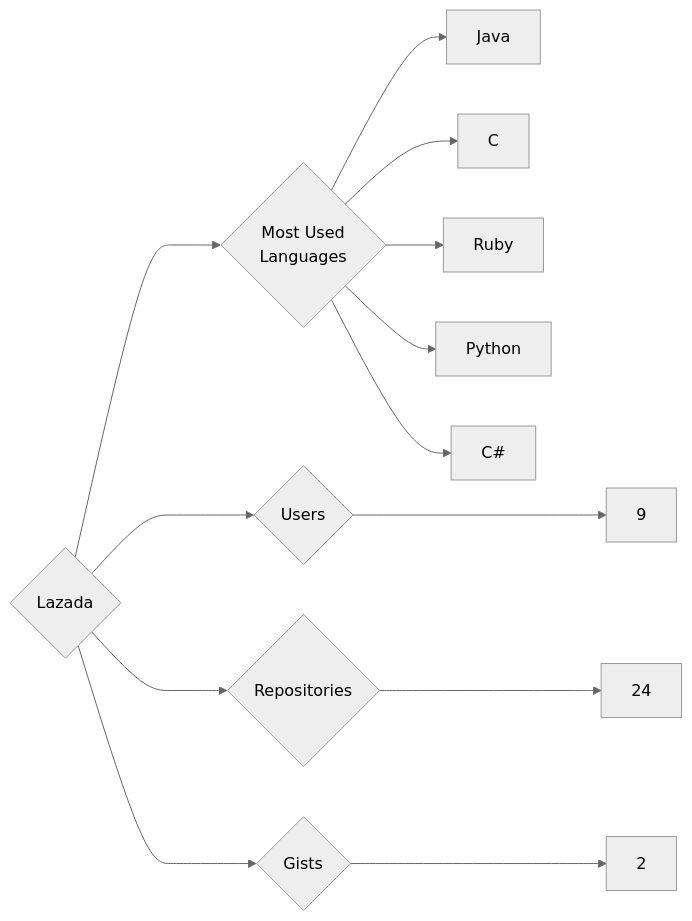
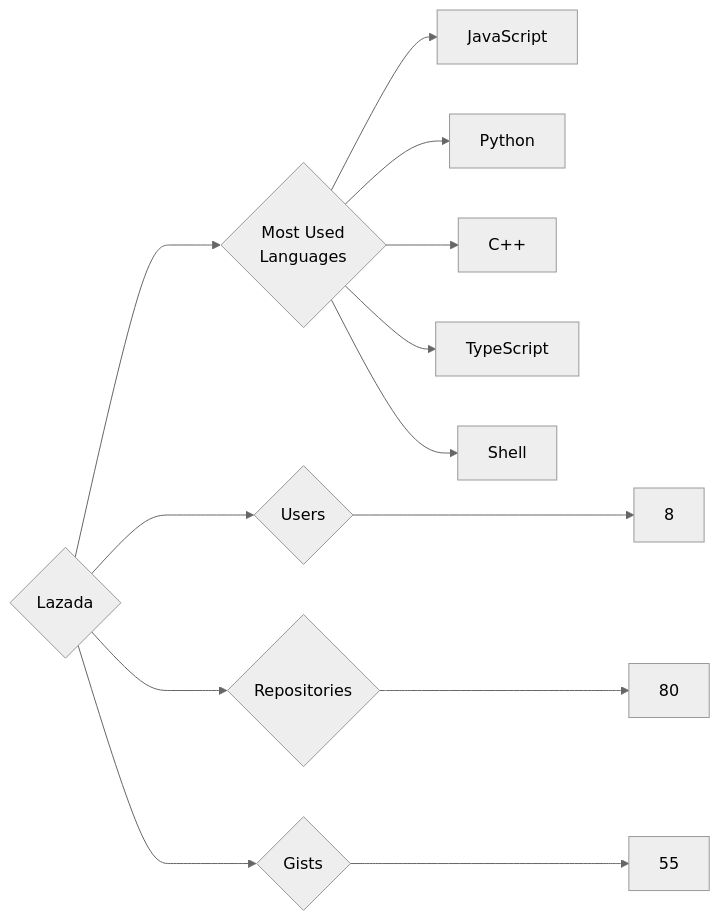
Before and after one commit to trickest/insiders: the diagram in targets/Lazada/README.md, drawn with Mermaid (neutral theme). The commit also changed 545 other files, not shown here.

````diff
--- a/targets/Lazada/README.md
+++ b/targets/Lazada/README.md
@@ -3,13 +3,13 @@
 ```mermaid
 graph LR
 COMPANY_NAME{Lazada}
-COMPANY_NAME ---> U{Users} ---> UN[9]
-COMPANY_NAME ---> R{Repositories} ---> RN[24]
-COMPANY_NAME ---> G{Gists} ---> GN[2]
+COMPANY_NAME ---> U{Users} ---> UN[8]
+COMPANY_NAME ---> R{Repositories} ---> RN[80]
+COMPANY_NAME ---> G{Gists} ---> GN[55]
 COMPANY_NAME ---> ML{Most Used<br>Languages}
-ML --> Java[Java]
-ML --> C[C]
-ML --> Ruby[Ruby]
+ML --> JavaScript[JavaScript]
 ML --> Python[Python]
-ML --> C#[C#]
+ML --> C++[C++]
+ML --> TypeScript[TypeScript]
+ML --> Shell[Shell]
 ```
````
